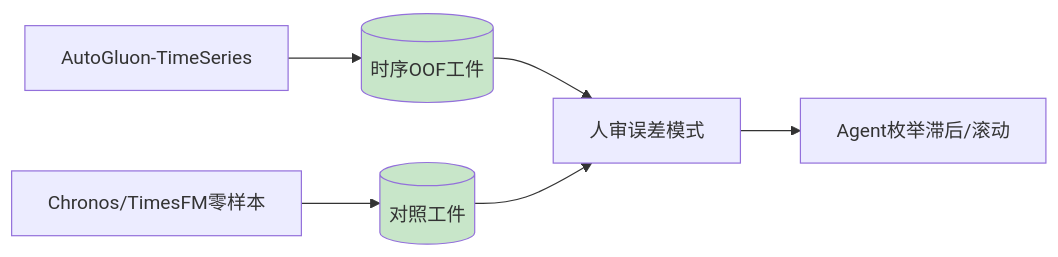
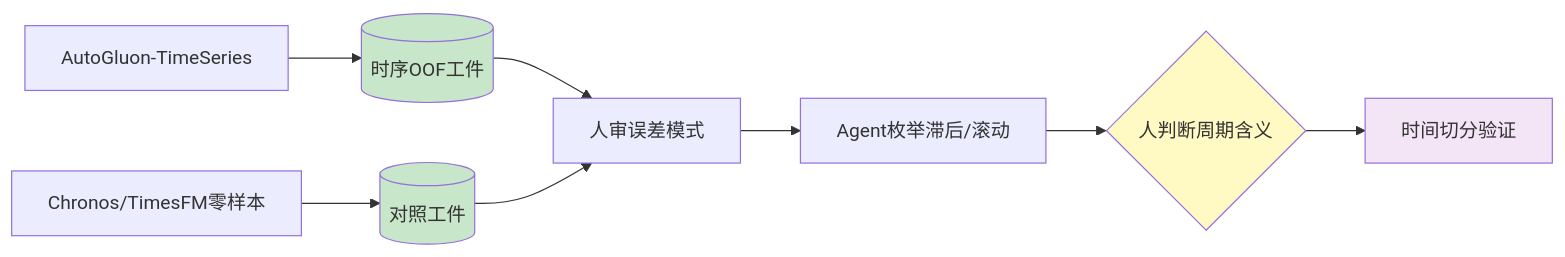
One commit to wizardforcel/vibe-kaggle changed the diagram in docs/chapters/chapter08.md. Above: the diagram before and after it, drawn with Mermaid. The commit also changed other lines of this file, not shown here.

````diff
--- a/docs/chapters/chapter08.md
+++ b/docs/chapters/chapter08.md
@@ -11,10 +19,14 @@
 ```mermaid
 flowchart LR
     A[AutoGluon-TimeSeries] --> B[(时序OOF工件)]
     C[Chronos/TimesFM零样本] --> D[(对照工件)]
     B --> E[人审误差模式]
     D --> E
     E --> F[Agent枚举滞后/滚动]
+    F --> G{人判断周期含义}
+    G --> H[时间切分验证]
     style B fill:#c8e6c9
     style D fill:#c8e6c9
+    style G fill:#fff9c4
+    style H fill:#f3e5f5
 ```
````
